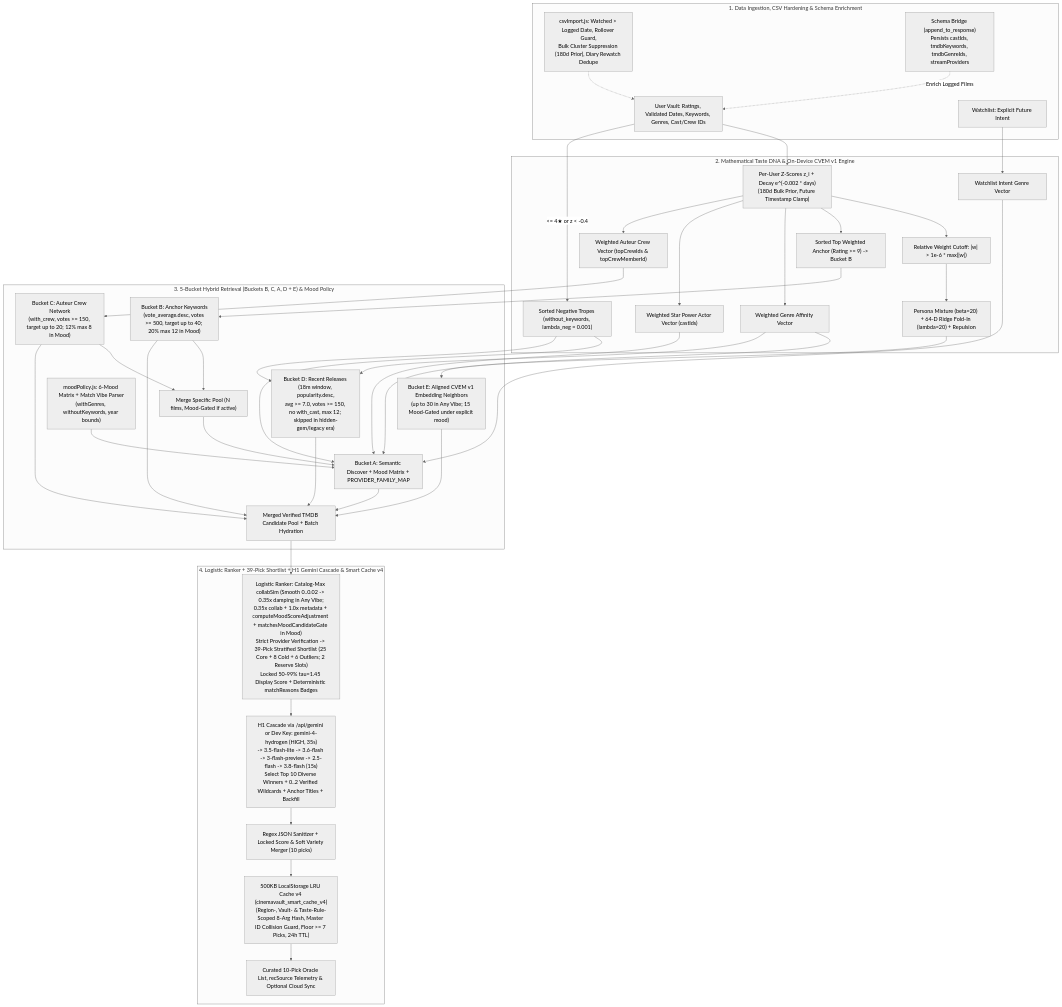
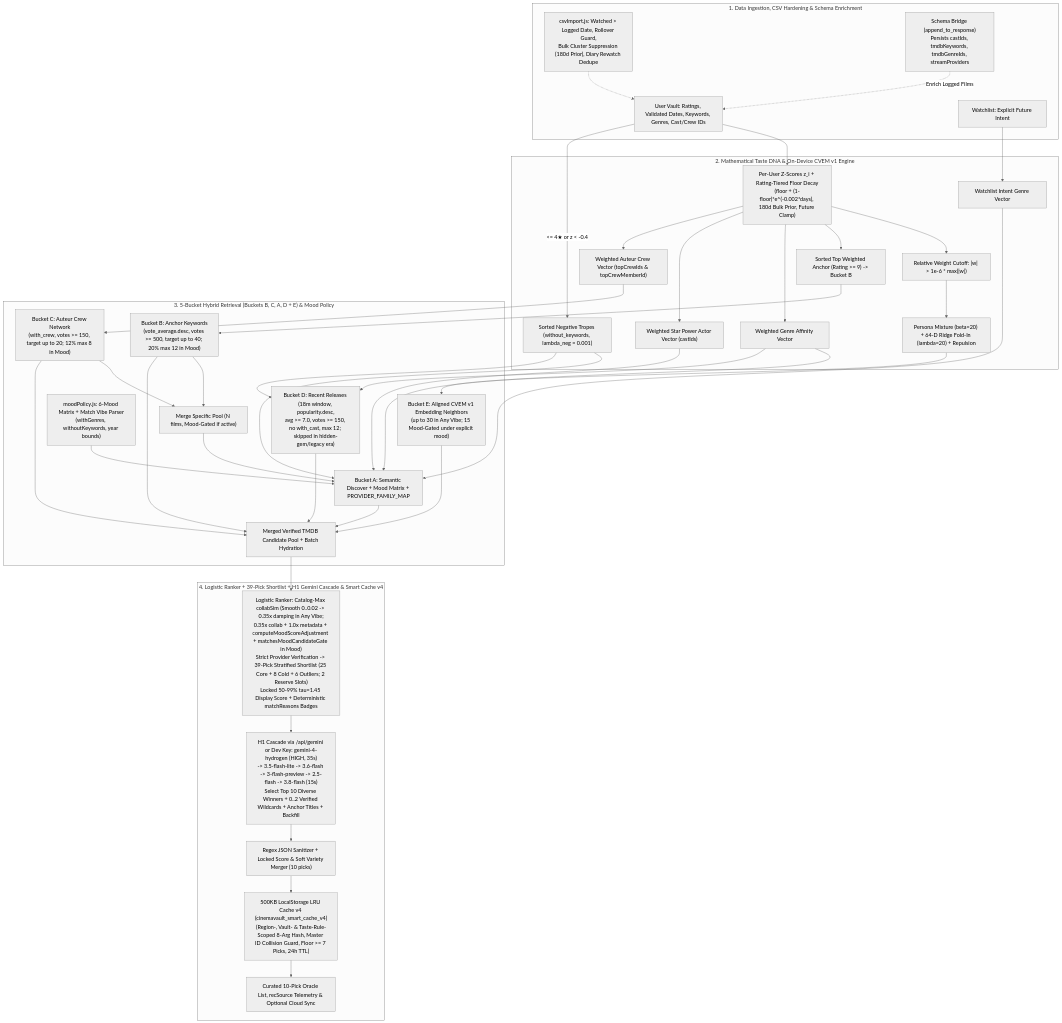
One commit to khuzaima175/React-Movie-Original changed the diagram in ARCHITECTURE.md. Above: the diagram before and after it, drawn with Mermaid (neutral theme). The commit also changed other lines of this file and 8 other files, not shown here.

Commit message:
feat(scoring): replace zero-floor time decay with rating-tiered asymptotic floors

````diff
--- a/ARCHITECTURE.md
+++ b/ARCHITECTURE.md
@@ -92,41 +92,41 @@
 ```mermaid
 flowchart TD
     subgraph Phase1 ["1. Data Ingestion, CSV Hardening & Schema Enrichment"]
         V["User Vault: Ratings, Validated Dates, Keywords, Genres, Cast/Crew IDs"]
         W["Watchlist: Explicit Future Intent"]
         CSV["csvImport.js: Watched > Logged Date, Rollover Guard,\nBulk Cluster Suppression (180d Prior), Diary Rewatch Dedupe"] -.-> V
         SB["Schema Bridge (append_to_response)\nPersists castIds, tmdbKeywords, tmdbGenreIds, streamProviders"] -.->|Enrich Logged Films| V
     end
 
     subgraph Phase2 ["2. Mathematical Taste DNA & On-Device CVEM v1 Engine"]
-        V --> Z["Per-User Z-Scores z_i + Decay e^(-0.002 * days)\n(180d Bulk Prior, Future Timestamp Clamp)"]
+        V --> Z["Per-User Z-Scores z_i + Rating-Tiered Floor Decay\n(floor + (1-floor)*e^(-0.002*days), 180d Bulk Prior, Future Clamp)"]
         Z --> REL["Relative Weight Cutoff: |w| > 1e-6 * max(|w|)"]
         REL --> KM["Persona Mixture (beta=20) + 64-D Ridge Fold-In (lambda=20) + Repulsion"]
         Z --> ANCHOR["Sorted Top Weighted Anchor (Rating >= 9) -> Bucket B"]
         Z --> GENRE_V["Weighted Genre Affinity Vector"]
         Z --> CAST_V["Weighted Star Power Actor Vector (castIds)"]
         Z --> CREW_V["Weighted Auteur Crew Vector (topCrewIds & topCrewMemberId)"]
         W --> WATCH_V["Watchlist Intent Genre Vector"]
         V -->|<= 4★ or z < -0.4| HATED_K["Sorted Negative Tropes (without_keywords, lambda_neg = 0.001)"]
     end
 
     subgraph Phase3 ["3. 5-Bucket Hybrid Retrieval (Buckets B, C, A, D + E) & Mood Policy"]
         ANCHOR --> B2["Bucket B: Anchor Keywords\n(vote_average.desc, votes >= 500, target up to 40; 20% max 12 in Mood)"]
         CREW_V --> B3["Bucket C: Auteur Crew Network\n(with_crew, votes >= 150, target up to 20; 12% max 8 in Mood)"]
         B2 & B3 --> POOL_SPEC["Merge Specific Pool (N films, Mood-Gated if active)"]
         GENRE_V & WATCH_V & CAST_V & HATED_K --> B1
         MOOD["moodPolicy.js: 6-Mood Matrix + Match Vibe Parser\n(withGenres, withoutKeywords, year bounds)"] --> B1
         POOL_SPEC --> B1["Bucket A: Semantic Discover + Mood Matrix + PROVIDER_FAMILY_MAP"]
         GENRE_V & HATED_K --> B4["Bucket D: Recent Releases (18m window, popularity.desc,\navg >= 7.0, votes >= 150, no with_cast, max 12; skipped in hidden-gem/legacy era)"]
         KM --> B5["Bucket E: Aligned CVEM v1 Embedding Neighbors\n(up to 30 in Any Vibe; 15 Mood-Gated under explicit mood)"]
         B1 & B2 & B3 & B4 & B5 --> CP["Merged Verified TMDB Candidate Pool + Batch Hydration"]
     end
 
     subgraph Phase4 ["4. Logistic Ranker + 39-Pick Shortlist + H1 Gemini Cascade & Smart Cache v4"]
         CP --> RNK["Logistic Ranker: Catalog-Max collabSim (Smooth 0..0.02 -> 0.35x damping in Any Vibe;\n0.35x collab + 1.0x metadata + computeMoodScoreAdjustment + matchesMoodCandidateGate in Mood)\nStrict Provider Verification -> 39-Pick Stratified Shortlist (25 Core + 8 Cold + 6 Outliers; 2 Reserve Slots)\nLocked 50-99% tau=1.45 Display Score + Deterministic matchReasons Badges"]
         RNK --> GEM["H1 Cascade via /api/gemini or Dev Key: gemini-4-hydrogen (HIGH, 35s)\n-> 3.5-flash-lite -> 3.6-flash -> 3-flash-preview -> 2.5-flash -> 3.8-flash (15s)\nSelect Top 10 Diverse Winners + 0..2 Verified Wildcards + Anchor Titles + Backfill"]
         GEM --> NORM["Regex JSON Sanitizer + Locked Score & Soft Variety Merger (10 picks)"]
         NORM --> CACHE["500KB LocalStorage LRU Cache v4 (cinemavault_smart_cache_v4)\n(Region-, Vault- & Taste-Rule-Scoped 8-Arg Hash, Master ID Collision Guard, Floor >= 7 Picks, 24h TTL)"]
         CACHE --> UI["Curated 10-Pick Oracle List, recSource Telemetry & Optional Cloud Sync"]
     end
 ```
````
